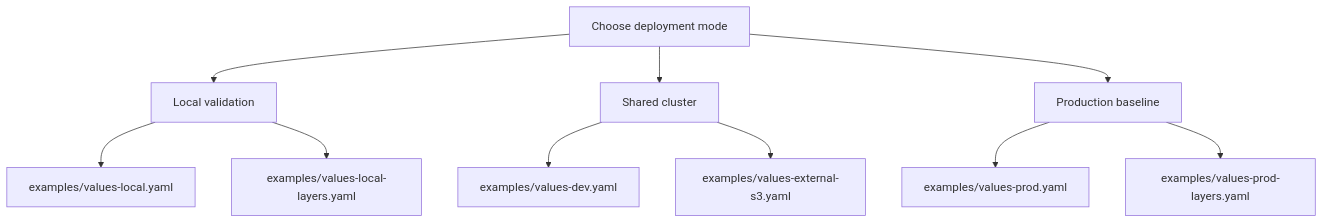
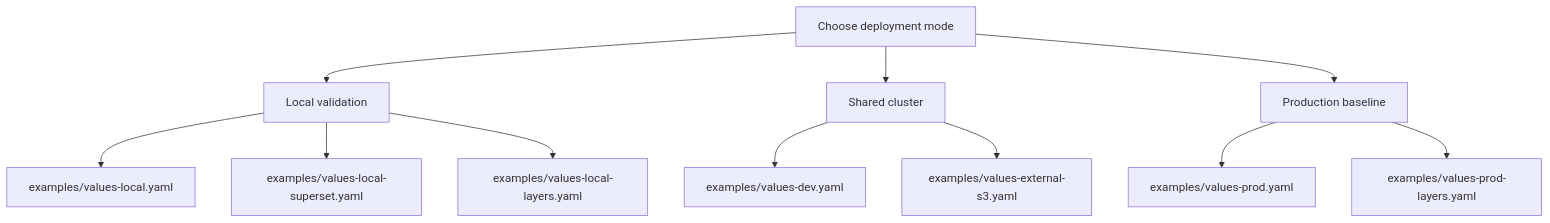
Before and after one commit to sanger-pathogens/dlh-in-a-box-umbrella-helm-chart: the third of 3 diagrams in charts/dlh-in-a-box/README.md, drawn with Mermaid. The commit also changed other lines of this file and 12 other files, not shown here.

````diff
--- a/charts/dlh-in-a-box/README.md
+++ b/charts/dlh-in-a-box/README.md
@@ -123,14 +129,15 @@
 ```mermaid
 flowchart TD
   Start[Choose deployment mode]
   Start --> Local[Local validation]
   Start --> Shared[Shared cluster]
   Start --> Prod[Production baseline]
 
   Local --> LocalValues[examples/values-local.yaml]
+  Local --> LocalSuperset[examples/values-local-superset.yaml]
   Local --> LocalLayers[examples/values-local-layers.yaml]
   Shared --> DevValues[examples/values-dev.yaml]
   Shared --> ExternalS3[examples/values-external-s3.yaml]
   Prod --> ProdValues[examples/values-prod.yaml]
   Prod --> ProdLayers[examples/values-prod-layers.yaml]
 ```
````
